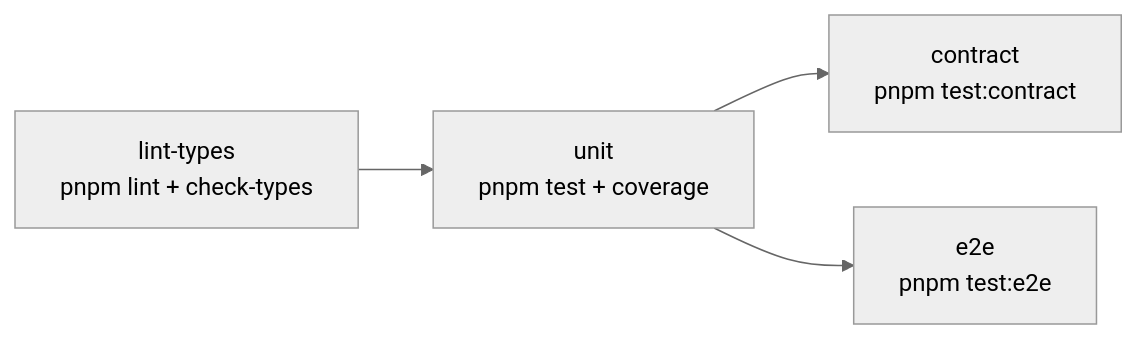
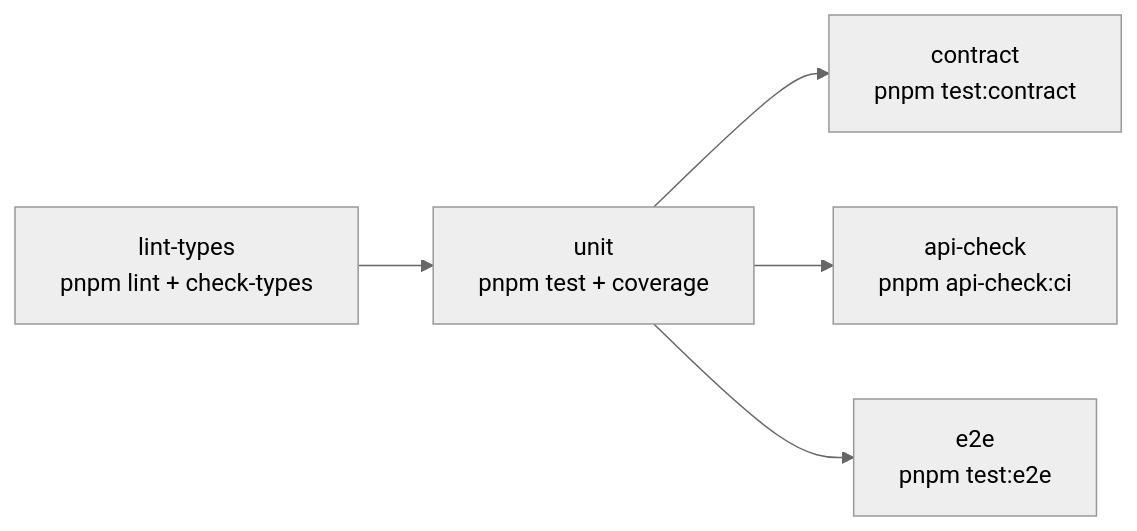
The second of 2 diagrams in docs/operations/testing.md (academic-moodle-cooperation/management-ui), drawn with Mermaid (neutral theme) before and after one commit. The commit also changed other lines of this file and 8 other files, not shown here.

````diff
--- a/docs/operations/testing.md
+++ b/docs/operations/testing.md
@@ -193,6 +199,7 @@
 ```mermaid
 flowchart LR
     L["lint-types<br/>pnpm lint + check-types"] --> U["unit<br/>pnpm test + coverage"]
     U --> C["contract<br/>pnpm test:contract"]
+    U --> A["api-check<br/>pnpm api-check:ci"]
     U --> E["e2e<br/>pnpm test:e2e"]
 ```
````
